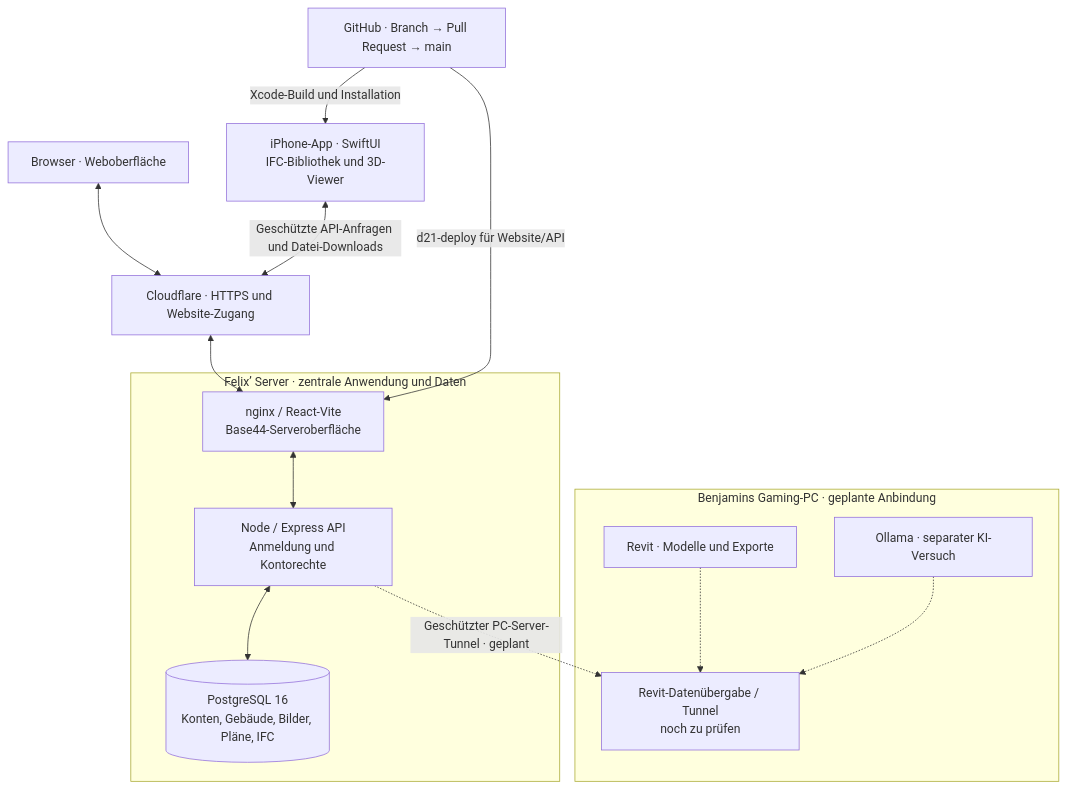
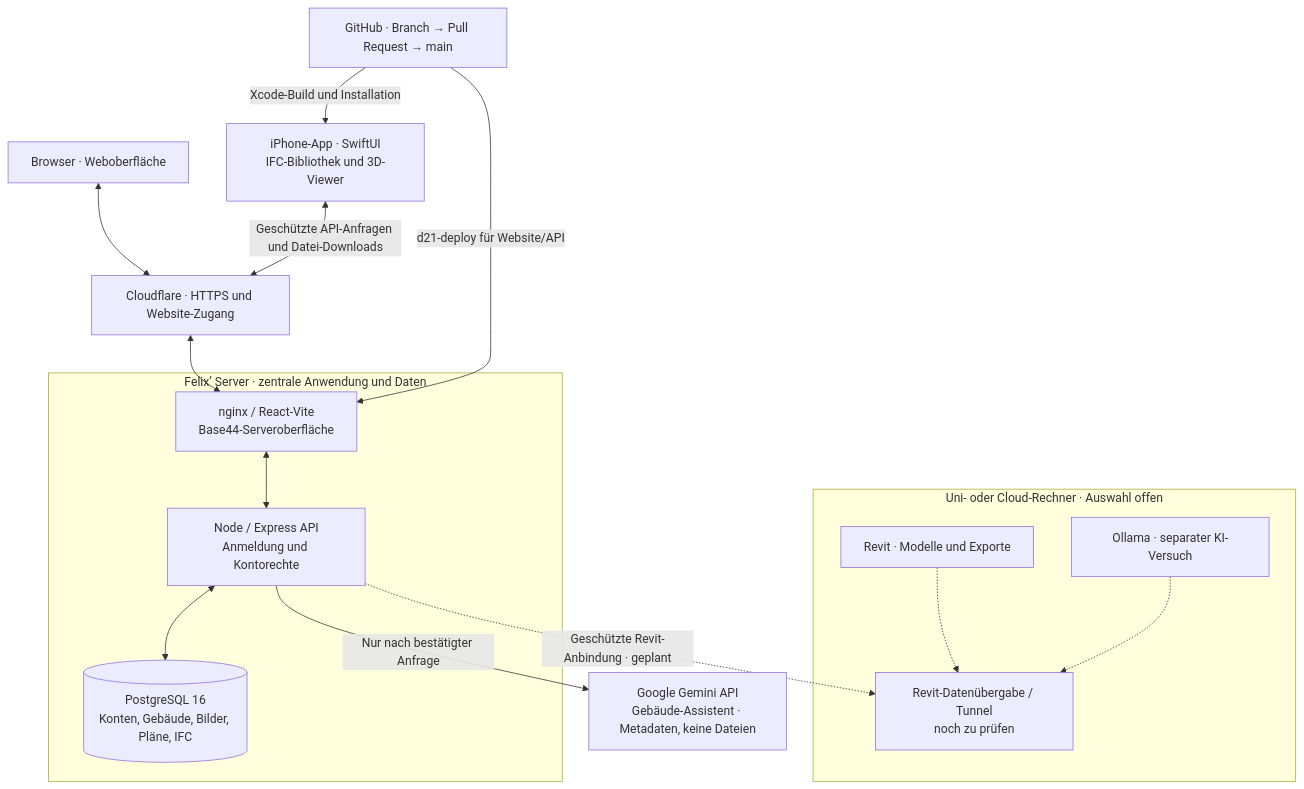
The diagram in README.md (felixdoering05-prog/GST_Teamprojekt_Team_1), drawn with Mermaid before and after one commit. The commit also changed other lines of this file and 15 other files, not shown here.

````diff
--- a/README.md
+++ b/README.md
@@ -112,27 +116,29 @@
 ```mermaid
 flowchart TB
     browser["Browser · Weboberfläche"]
     iphone["iPhone-App · SwiftUI<br/>IFC-Bibliothek und 3D-Viewer"]
     cloud["Cloudflare · HTTPS und Website-Zugang"]
     subgraph server["Felix’ Server · zentrale Anwendung und Daten"]
         web["nginx / React-Vite<br/>Base44-Serveroberfläche"]
         api["Node / Express API<br/>Anmeldung und Kontorechte"]
         db[("PostgreSQL 16<br/>Konten, Gebäude, Bilder, Pläne, IFC")]
         web <--> api
         api <--> db
     end
     browser <--> cloud
     iphone <-->|"Geschützte API-Anfragen und Datei-Downloads"| cloud
     cloud <--> web
-    subgraph pc["Benjamins Gaming-PC · geplante Anbindung"]
+    subgraph pc["Uni- oder Cloud-Rechner · Auswahl offen"]
         bridge["Revit-Datenübergabe / Tunnel<br/>noch zu prüfen"]
         revit["Revit · Modelle und Exporte"]
         ollama["Ollama · separater KI-Versuch"]
         revit -.-> bridge
         ollama -.-> bridge
     end
-    api -.->|"Geschützter PC-Server-Tunnel · geplant"| bridge
+    api -.->|"Geschützte Revit-Anbindung · geplant"| bridge
+    gemini["Google Gemini API<br/>Gebäude-Assistent · Metadaten, keine Dateien"]
+    api -->|"Nur nach bestätigter Anfrage"| gemini
     github["GitHub · Branch → Pull Request → main"]
     github -->|"d21-deploy für Website/API"| web
     github -->|"Xcode-Build und Installation"| iphone
 ```
````
